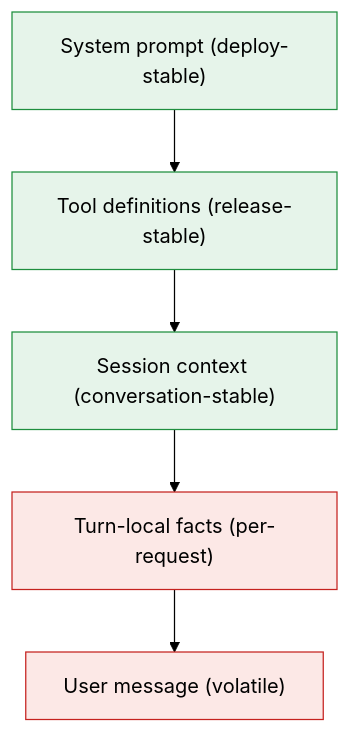
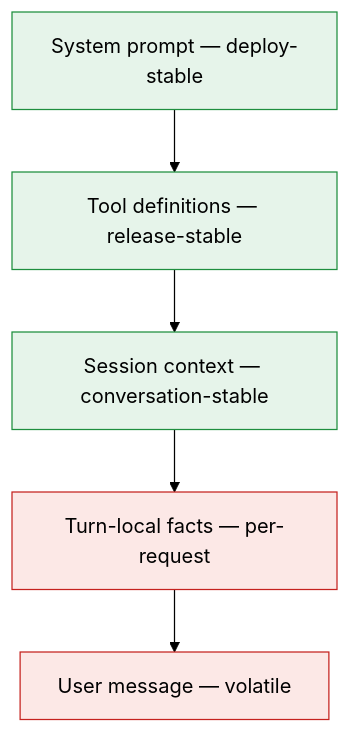
One commit to herohua/tech-notes changed the first of 2 diagrams in notes/prompt-caching-end-to-end.md. Above: the diagram before and after it, drawn with Mermaid (forest theme).

Commit message:
Mermaid: replace parens in node labels with em-dash for GitHub renderer

````diff
--- a/notes/prompt-caching-end-to-end.md
+++ b/notes/prompt-caching-end-to-end.md
@@ -45,11 +45,11 @@
 ```mermaid
 flowchart TD
-    A["System prompt (deploy-stable)"] --> B["Tool definitions (release-stable)"]
-    B --> C["Session context (conversation-stable)"]
-    C --> D["Turn-local facts (per-request)"]
-    D --> E["User message (volatile)"]
+    A["System prompt — deploy-stable"] --> B["Tool definitions — release-stable"]
+    B --> C["Session context — conversation-stable"]
+    C --> D["Turn-local facts — per-request"]
+    D --> E["User message — volatile"]
     classDef cached fill:#e6f4ea,stroke:#1e8e3e,color:#000
     classDef hot fill:#fce8e6,stroke:#c5221f,color:#000
     class A,B,C cached
     class D,E hot
 ```
````
